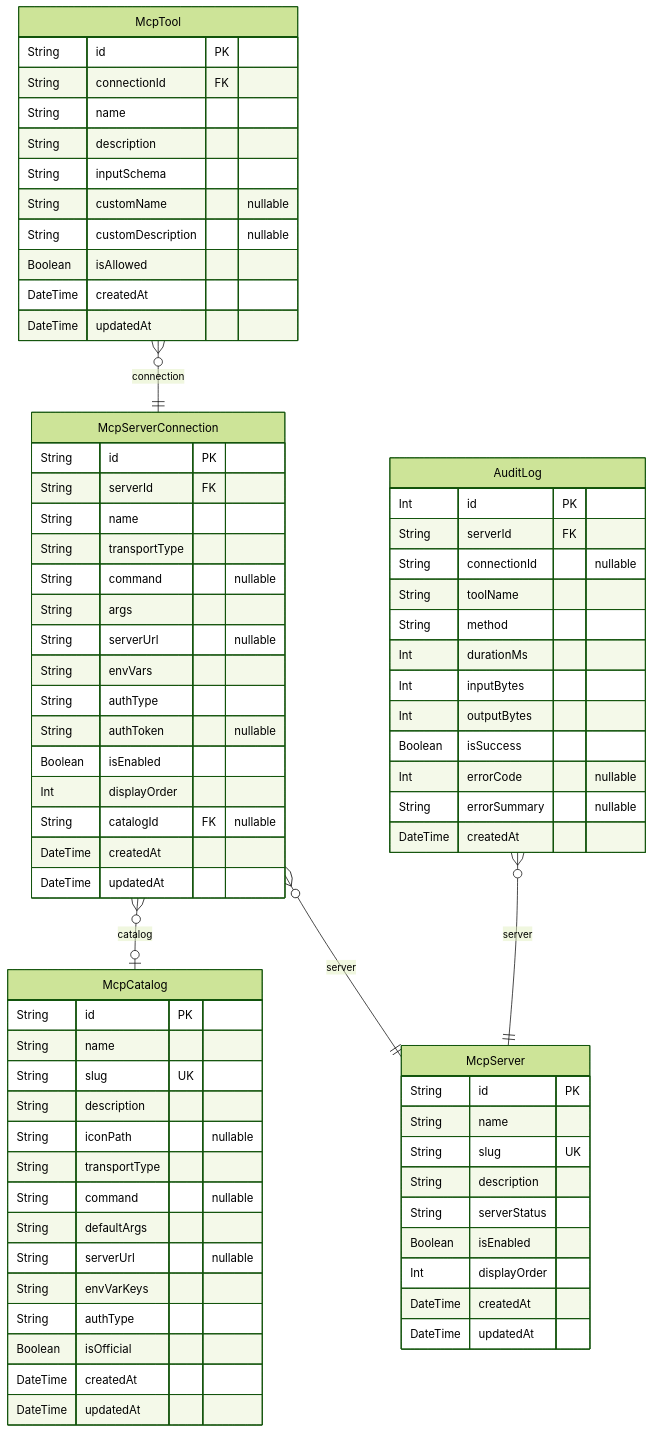
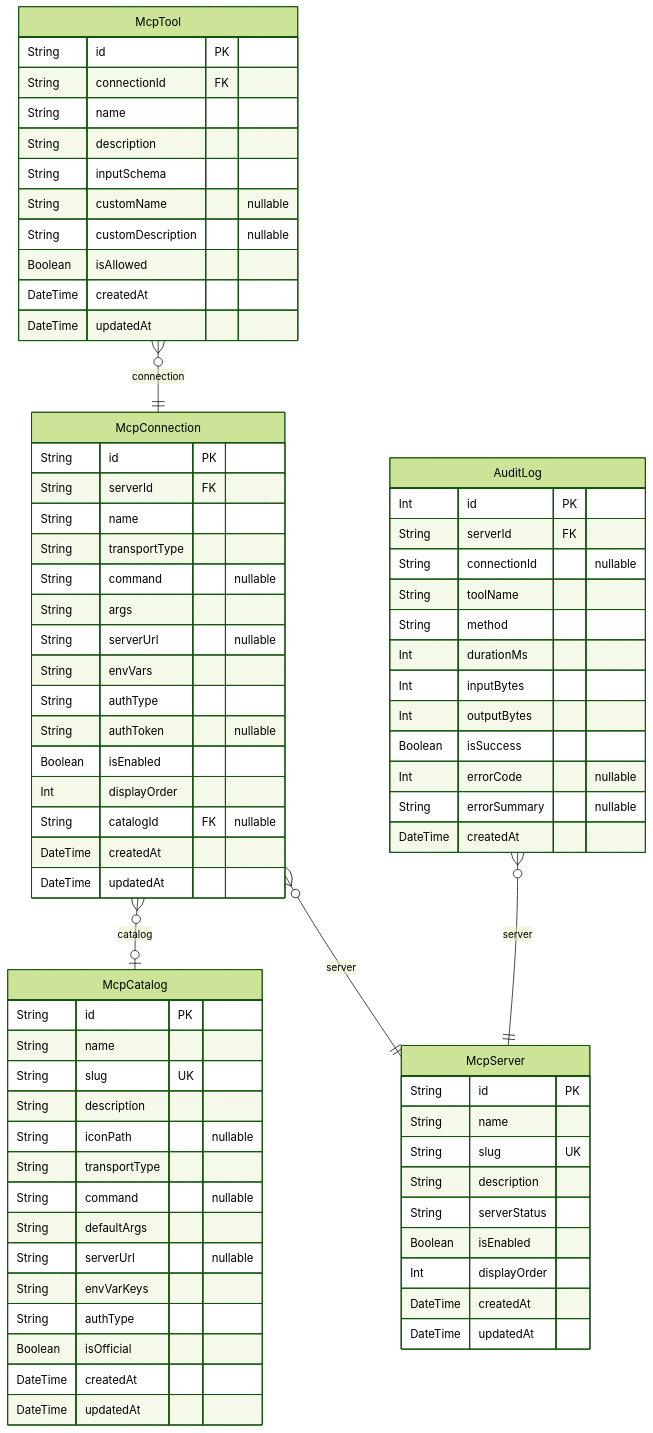
One commit to rayven122/tumiki changed the second of 2 diagrams in apps/desktop/prisma/README.md. Above: the diagram before and after it, drawn with Mermaid (forest theme). The commit also changed other lines of this file and 1 other file, not shown here.

First line of the commit message:
refactor(desktop): McpServerConnectionをMcpConnectionにリネーム

````diff
--- a/apps/desktop/prisma/README.md
+++ b/apps/desktop/prisma/README.md
@@ -33,77 +37,77 @@
 ```mermaid
 erDiagram
 "McpCatalog" {
   String id PK
   String name
   String slug UK
   String description
   String iconPath "nullable"
   String transportType
   String command "nullable"
   String defaultArgs
   String serverUrl "nullable"
   String envVarKeys
   String authType
   Boolean isOfficial
   DateTime createdAt
   DateTime updatedAt
 }
 "McpServer" {
   String id PK
   String name
   String slug UK
   String description
   String serverStatus
   Boolean isEnabled
   Int displayOrder
   DateTime createdAt
   DateTime updatedAt
 }
-"McpServerConnection" {
+"McpConnection" {
   String id PK
   String serverId FK
   String name
   String transportType
   String command "nullable"
   String args
   String serverUrl "nullable"
   String envVars
   String authType
   String authToken "nullable"
   Boolean isEnabled
   Int displayOrder
   String catalogId FK "nullable"
   DateTime createdAt
   DateTime updatedAt
 }
 "McpTool" {
   String id PK
   String connectionId FK
   String name
   String description
   String inputSchema
   String customName "nullable"
   String customDescription "nullable"
   Boolean isAllowed
   DateTime createdAt
   DateTime updatedAt
 }
 "AuditLog" {
   Int id PK
   String serverId FK
   String connectionId "nullable"
   String toolName
   String method
   Int durationMs
   Int inputBytes
   Int outputBytes
   Boolean isSuccess
   Int errorCode "nullable"
   String errorSummary "nullable"
   DateTime createdAt
 }
-"McpServerConnection" }o--|| "McpServer" : server
-"McpServerConnection" }o--o| "McpCatalog" : catalog
-"McpTool" }o--|| "McpServerConnection" : connection
+"McpConnection" }o--|| "McpServer" : server
+"McpConnection" }o--o| "McpCatalog" : catalog
+"McpTool" }o--|| "McpConnection" : connection
 "AuditLog" }o--|| "McpServer" : server
 ```
````
